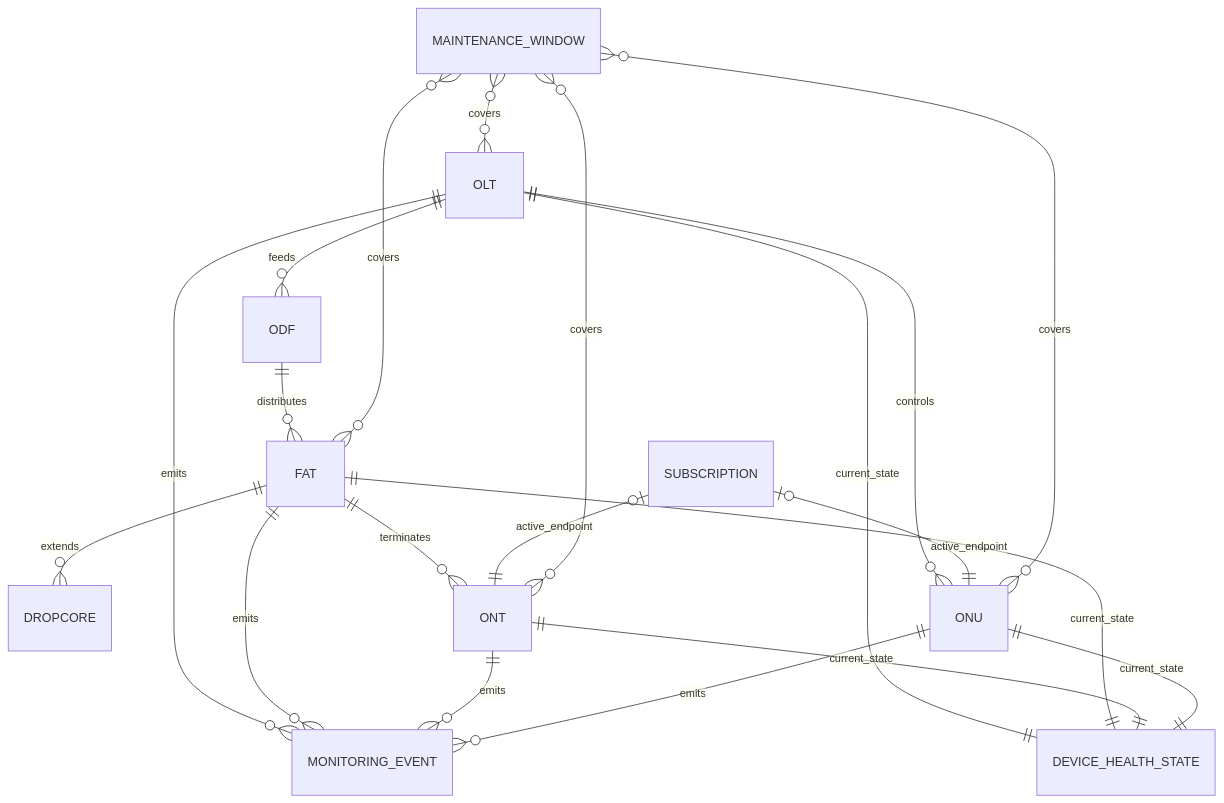
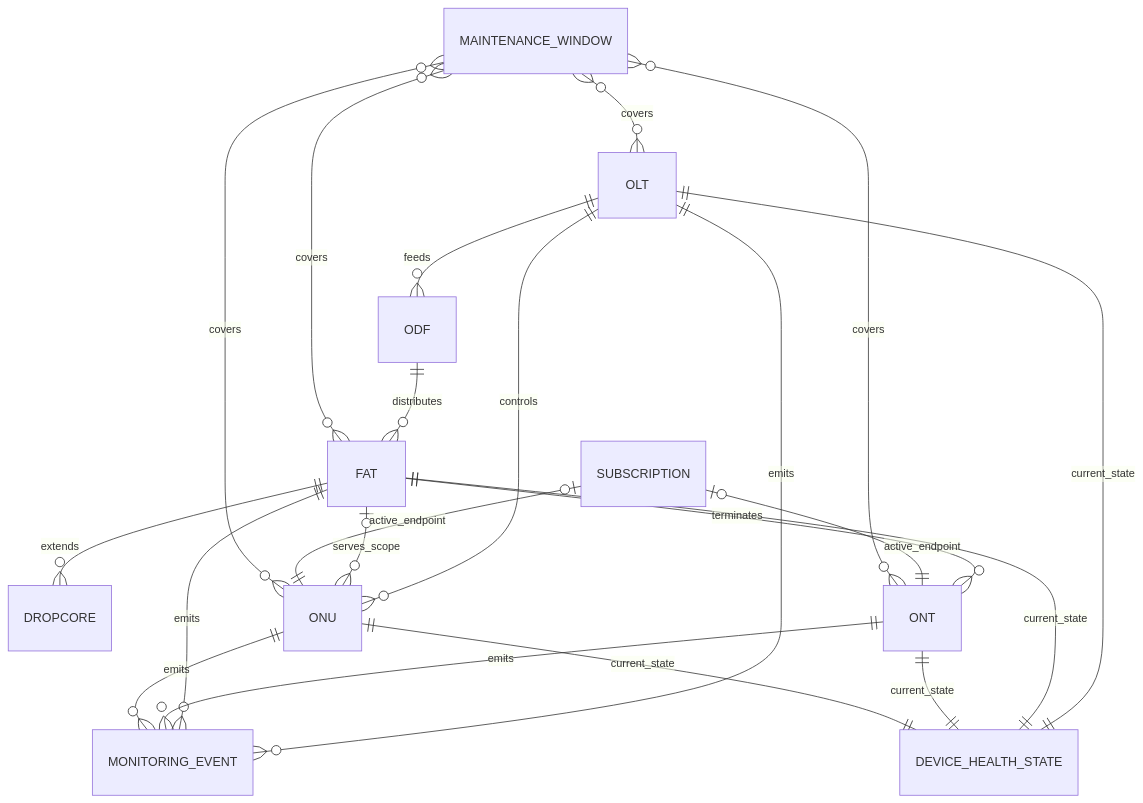
Before and after one commit to ekopradesga/adr-driven-development: the eighth of 14 diagrams in docs/database/erd.md, drawn with Mermaid. The commit also changed other lines of this file and 41 other files, not shown here.

````diff
--- a/docs/database/erd.md
+++ b/docs/database/erd.md
@@ -312,22 +312,23 @@
 ```mermaid
 erDiagram
     OLT ||--o{ ODF : feeds
     ODF ||--o{ FAT : distributes
     FAT ||--o{ DROPCORE : extends
     FAT ||--o{ ONT : terminates
     OLT ||--o{ ONU : controls
+    FAT o|--o{ ONU : serves_scope
     SUBSCRIPTION o|--|| ONT : active_endpoint
     SUBSCRIPTION o|--|| ONU : active_endpoint
     OLT ||--o{ MONITORING_EVENT : emits
     FAT ||--o{ MONITORING_EVENT : emits
     ONT ||--o{ MONITORING_EVENT : emits
     ONU ||--o{ MONITORING_EVENT : emits
     OLT ||--|| DEVICE_HEALTH_STATE : current_state
     FAT ||--|| DEVICE_HEALTH_STATE : current_state
     ONT ||--|| DEVICE_HEALTH_STATE : current_state
     ONU ||--|| DEVICE_HEALTH_STATE : current_state
     MAINTENANCE_WINDOW }o--o{ OLT : covers
     MAINTENANCE_WINDOW }o--o{ FAT : covers
     MAINTENANCE_WINDOW }o--o{ ONT : covers
     MAINTENANCE_WINDOW }o--o{ ONU : covers
 ```
````
